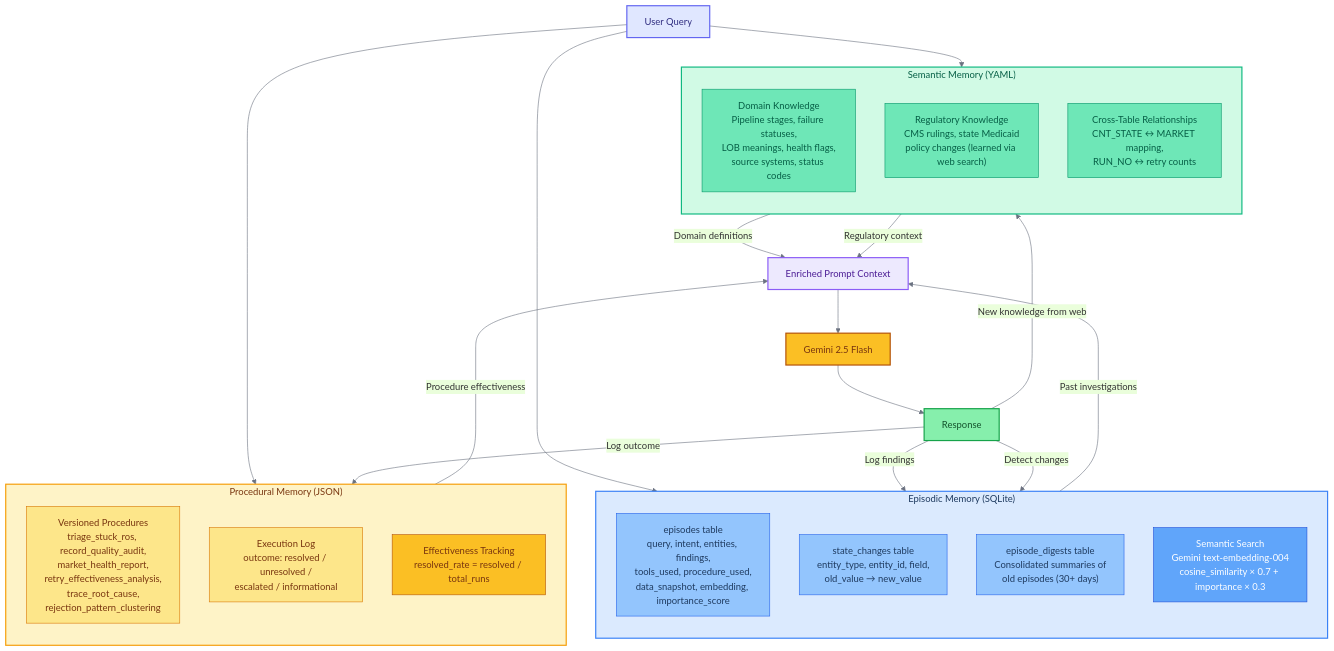
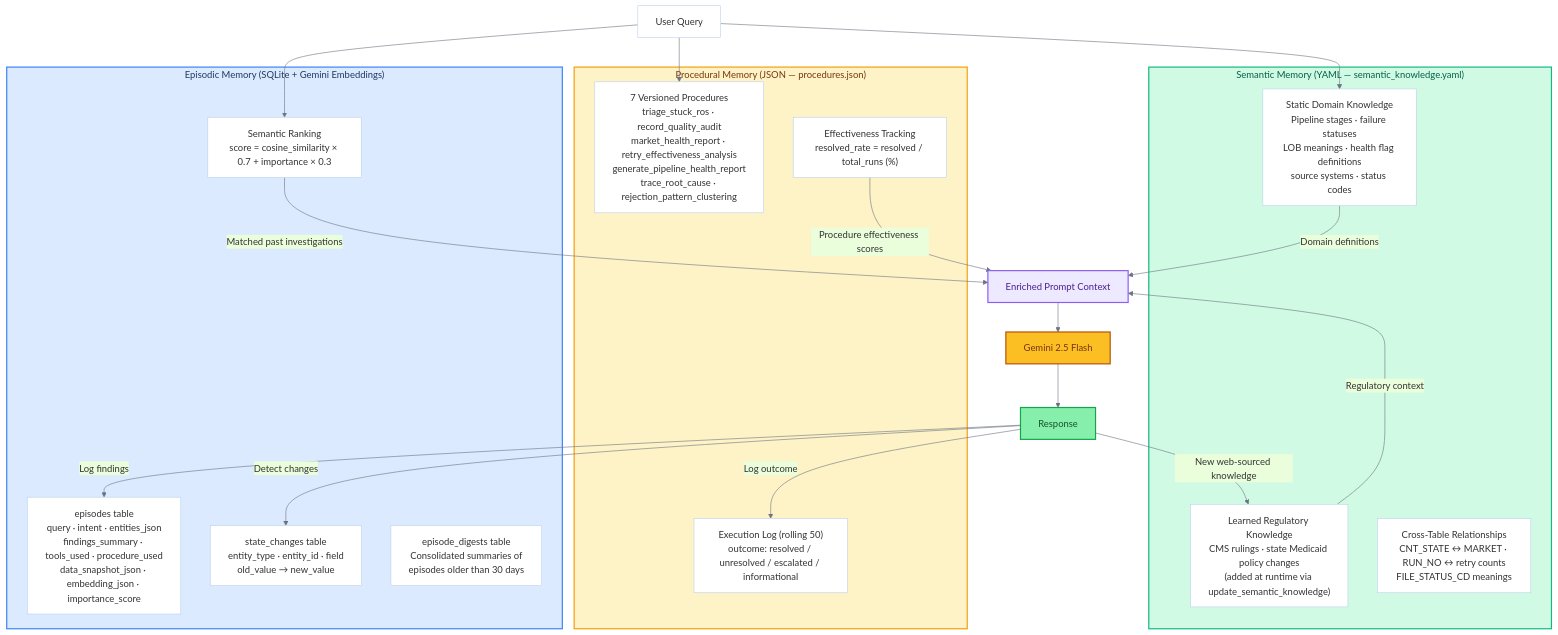
One commit to Pradipta-Sundar-Sahoo/Roaster-IQ-Hilabs-Hackathon changed the fourth of 5 diagrams in README.md. Above: the diagram before and after it, drawn with Mermaid. The commit also changed other lines of this file and 7 other files, not shown here.

````diff
--- a/README.md
+++ b/README.md
@@ -348,63 +314,45 @@
 ```mermaid
 %%{init: {'theme': 'base', 'themeVariables': {'primaryColor': '#DBEAFE', 'background': '#FFFFFF', 'mainBkg': '#FFFFFF', 'lineColor': '#6B7280', 'textColor': '#1F2937'}}}%%
 graph TB
-    subgraph Episodic["Episodic Memory (SQLite)"]
-        direction TB
-        EP_Store["episodes table<br/>query, intent, entities, findings,<br/>tools_used, procedure_used,<br/>data_snapshot, embedding, importance_score"]
-        EP_Changes["state_changes table<br/>entity_type, entity_id, field,<br/>old_value → new_value"]
-        EP_Digest["episode_digests table<br/>Consolidated summaries of<br/>old episodes (30+ days)"]
-        EP_Search["Semantic Search<br/>Gemini text-embedding-004<br/>cosine_similarity × 0.7 + importance × 0.3"]
+    subgraph Episodic["Episodic Memory (SQLite + Gemini Embeddings)"]
+        EP_Store["episodes table<br/>query · intent · entities_json<br/>findings_summary · tools_used · procedure_used<br/>data_snapshot_json · embedding_json · importance_score"]
+        EP_Changes["state_changes table<br/>entity_type · entity_id · field<br/>old_value → new_value"]
+        EP_Digest["episode_digests table<br/>Consolidated summaries of<br/>episodes older than 30 days"]
+        EP_Search["Semantic Ranking<br/>score = cosine_similarity × 0.7 + importance × 0.3"]
     end
 
-    subgraph Procedural["Procedural Memory (JSON)"]
-        direction TB
-        PR_Procs["Versioned Procedures<br/>triage_stuck_ros, record_quality_audit,<br/>market_health_report,<br/>retry_effectiveness_analysis,<br/>trace_root_cause,<br/>rejection_pattern_clustering"]
-        PR_Log["Execution Log<br/>outcome: resolved / unresolved /<br/>escalated / informational"]
-        PR_Eff["Effectiveness Tracking<br/>resolved_rate = resolved / total_runs"]
+    subgraph Procedural["Procedural Memory (JSON — procedures.json)"]
+        PR_Procs["7 Versioned Procedures<br/>triage_stuck_ros · record_quality_audit<br/>market_health_report · retry_effectiveness_analysis<br/>generate_pipeline_health_report<br/>trace_root_cause · rejection_pattern_clustering"]
+        PR_Log["Execution Log (rolling 50)<br/>outcome: resolved / unresolved / escalated / informational"]
+        PR_Eff["Effectiveness Tracking<br/>resolved_rate = resolved / total_runs (%)"]
     end
 
-    subgraph Semantic["Semantic Memory (YAML)"]
-        direction TB
-        SM_Domain["Domain Knowledge<br/>Pipeline stages, failure statuses,<br/>LOB meanings, health flags,<br/>source systems, status codes"]
-        SM_Reg["Regulatory Knowledge<br/>CMS rulings, state Medicaid<br/>policy changes (learned via web search)"]
-        SM_Cross["Cross-Table Relationships<br/>CNT_STATE ↔ MARKET mapping,<br/>RUN_NO ↔ retry counts"]
+    subgraph Semantic["Semantic Memory (YAML — semantic_knowledge.yaml)"]
+        SM_Domain["Static Domain Knowledge<br/>Pipeline stages · failure statuses<br/>LOB meanings · health flag definitions<br/>source systems · status codes"]
+        SM_Reg["Learned Regulatory Knowledge<br/>CMS rulings · state Medicaid policy changes<br/>(added at runtime via update_semantic_knowledge)"]
+        SM_Cross["Cross-Table Relationships<br/>CNT_STATE ↔ MARKET · RUN_NO ↔ retry counts<br/>FILE_STATUS_CD meanings"]
     end
 
     Query["User Query"] --> EP_Search
     Query --> PR_Procs
     Query --> SM_Domain
 
-    EP_Search -->|Past investigations| Context["Enriched Prompt Context"]
-    PR_Eff -->|Procedure effectiveness| Context
+    EP_Search -->|Matched past investigations| Context["Enriched Prompt Context"]
+    PR_Eff -->|Procedure effectiveness scores| Context
     SM_Domain -->|Domain definitions| Context
     SM_Reg -->|Regulatory context| Context
 
     Context --> LLM["Gemini 2.5 Flash"]
     LLM --> Response["Response"]
     Response -->|Log findings| EP_Store
     Response -->|Detect changes| EP_Changes
     Response -->|Log outcome| PR_Log
-    Response -->|New knowledge from web| SM_Reg
+    Response -->|New web-sourced knowledge| SM_Reg
 
     style Episodic fill:#DBEAFE,stroke:#3B82F6,stroke-width:2px,color:#1E3A5F
     style Procedural fill:#FEF3C7,stroke:#F59E0B,stroke-width:2px,color:#78350F
     style Semantic fill:#D1FAE5,stroke:#10B981,stroke-width:2px,color:#065F46
-
-    style EP_Store fill:#93C5FD,stroke:#2563EB,color:#1E3A5F
-    style EP_Changes fill:#93C5FD,stroke:#2563EB,color:#1E3A5F
-    style EP_Digest fill:#93C5FD,stroke:#2563EB,color:#1E3A5F
-    style EP_Search fill:#60A5FA,stroke:#1D4ED8,color:#FFFFFF
-
-    style PR_Procs fill:#FDE68A,stroke:#D97706,color:#78350F
-    style PR_Log fill:#FDE68A,stroke:#D97706,color:#78350F
-    style PR_Eff fill:#FBBF24,stroke:#B45309,color:#78350F
-
-    style SM_Domain fill:#6EE7B7,stroke:#059669,color:#065F46
-    style SM_Reg fill:#6EE7B7,stroke:#059669,color:#065F46
-    style SM_Cross fill:#6EE7B7,stroke:#059669,color:#065F46
-
-    style Query fill:#E0E7FF,stroke:#6366F1,stroke-width:2px,color:#312E81
     style Context fill:#EDE9FE,stroke:#8B5CF6,stroke-width:2px,color:#4C1D95
     style LLM fill:#FBBF24,stroke:#B45309,stroke-width:2px,color:#78350F
     style Response fill:#86EFAC,stroke:#16A34A,stroke-width:2px,color:#14532D
 ```
````
